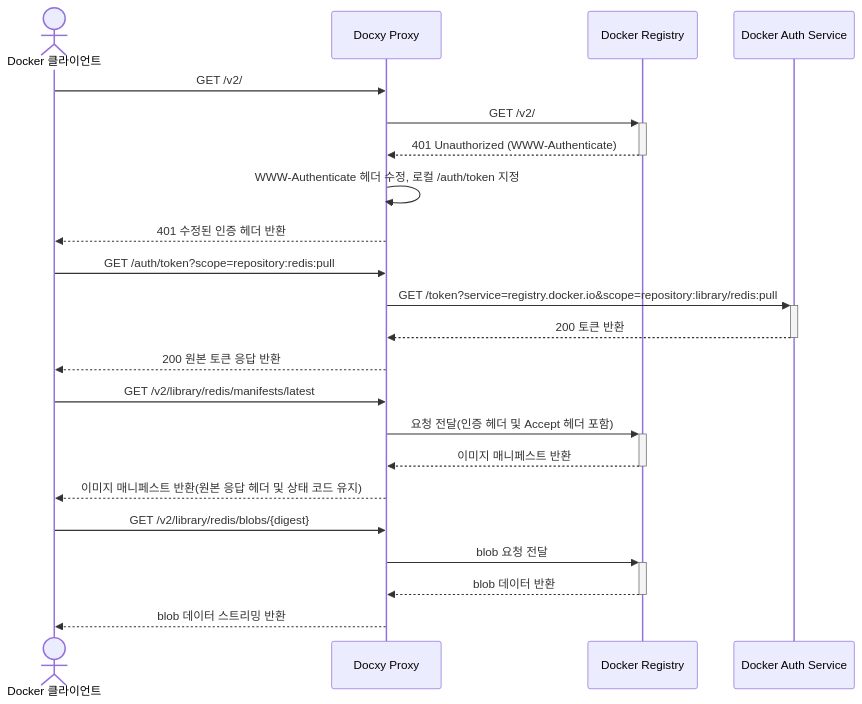
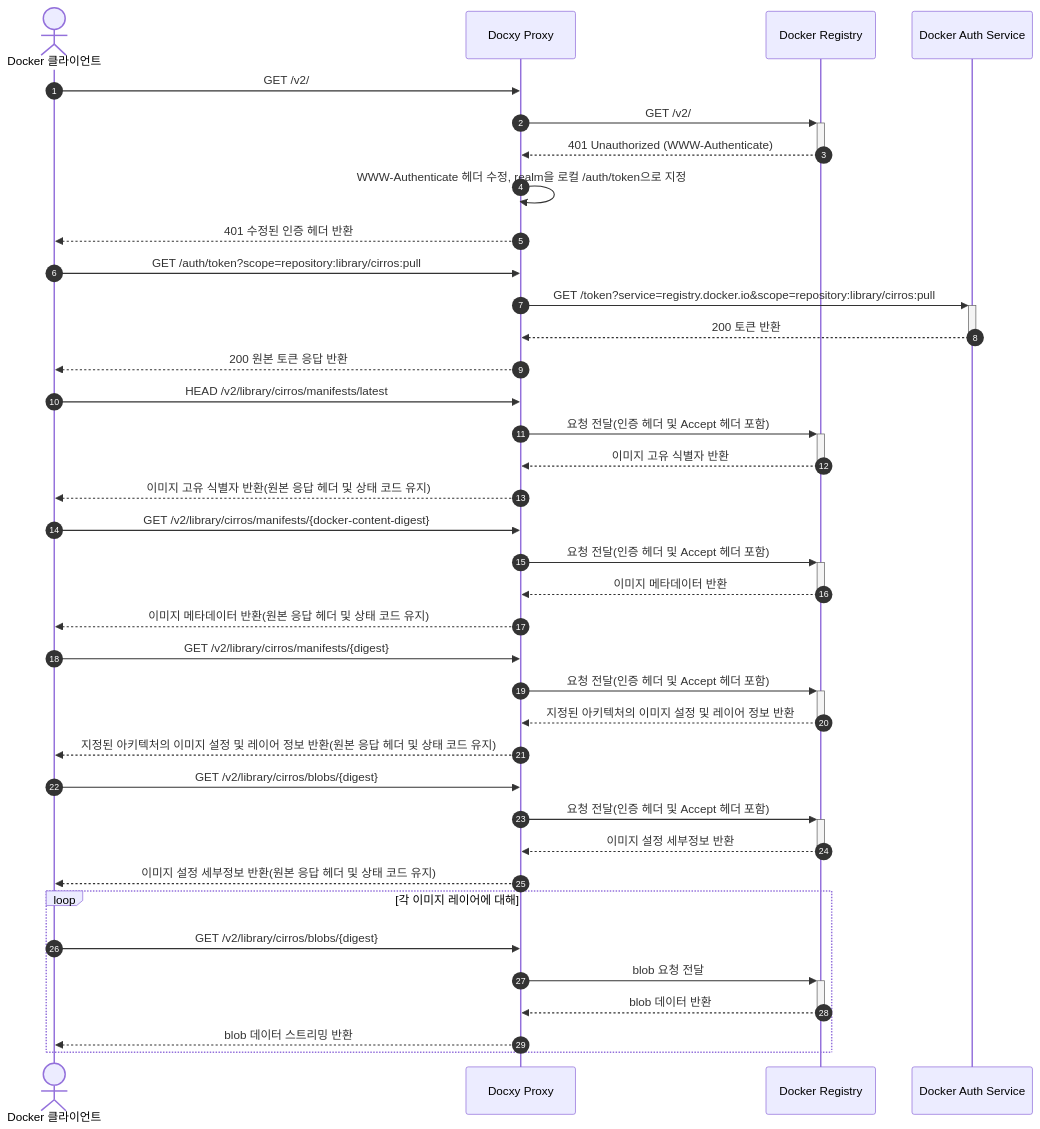
Before and after one commit to harrisonwang/docxy: the second of 3 diagrams in README_KR.md, drawn with Mermaid. The commit also changed other lines of this file and 7 other files, not shown here.

````diff
--- a/README_KR.md
+++ b/README_KR.md
@@ -90,32 +87,53 @@
 ```mermaid
 sequenceDiagram
+    autonumber
     actor Client as Docker 클라이언트
     participant Proxy as Docxy Proxy
     participant Registry as Docker Registry
     participant Auth as Docker Auth Service
     
     %% 챌린지 요청 처리
     Client->>Proxy: GET /v2/
     Proxy->>+Registry: GET /v2/
     Registry-->>-Proxy: 401 Unauthorized (WWW-Authenticate)
-    Proxy->>Proxy: WWW-Authenticate 헤더 수정, 로컬 /auth/token 지정
+    Proxy->>Proxy: WWW-Authenticate 헤더 수정, realm을 로컬 /auth/token으로 지정
     Proxy-->>Client: 401 수정된 인증 헤더 반환
     
     %% 토큰 획득
-    Client->>Proxy: GET /auth/token?scope=repository:redis:pull
-    Proxy->>+Auth: GET /token?service=registry.docker.io&scope=repository:library/redis:pull
+    Client->>Proxy: GET /auth/token?scope=repository:library/cirros:pull
+    Proxy->>+Auth: GET /token?service=registry.docker.io&scope=repository:library/cirros:pull
     Auth-->>-Proxy: 200 토큰 반환
     Proxy-->>Client: 200 원본 토큰 응답 반환
     
+    %% 이미지 다이제스트 요청 처리
+    Client->>Proxy: HEAD /v2/library/cirros/manifests/latest
+    Proxy->>+Registry: 요청 전달(인증 헤더 및 Accept 헤더 포함)
+    Registry-->>-Proxy: 이미지 고유 식별자 반환
+    Proxy-->>Client: 이미지 고유 식별자 반환(원본 응답 헤더 및 상태 코드 유지)
+
     %% 이미지 메타데이터 요청 처리
-    Client->>Proxy: GET /v2/library/redis/manifests/latest
+    Client->>Proxy: GET /v2/library/cirros/manifests/{docker-content-digest}
     Proxy->>+Registry: 요청 전달(인증 헤더 및 Accept 헤더 포함)
-    Registry-->>-Proxy: 이미지 매니페스트 반환
-    Proxy-->>Client: 이미지 매니페스트 반환(원본 응답 헤더 및 상태 코드 유지)
+    Registry-->>-Proxy: 이미지 메타데이터 반환
+    Proxy-->>Client: 이미지 메타데이터 반환(원본 응답 헤더 및 상태 코드 유지)
+
+    %% 이미지 설정 및 레이어 정보 요청 처리
+    Client->>Proxy: GET /v2/library/cirros/manifests/{digest}
+    Proxy->>+Registry: 요청 전달(인증 헤더 및 Accept 헤더 포함)
+    Registry-->>-Proxy: 지정된 아키텍처의 이미지 설정 및 레이어 정보 반환
+    Proxy-->>Client: 지정된 아키텍처의 이미지 설정 및 레이어 정보 반환(원본 응답 헤더 및 상태 코드 유지)
+
+    %% 이미지 설정 세부정보 요청 처리
+    Client->>Proxy: GET /v2/library/cirros/blobs/{digest}
+    Proxy->>+Registry: 요청 전달(인증 헤더 및 Accept 헤더 포함)
+    Registry-->>-Proxy: 이미지 설정 세부정보 반환
+    Proxy-->>Client: 이미지 설정 세부정보 반환(원본 응답 헤더 및 상태 코드 유지)
     
-    %% 바이너리 데이터 처리
-    Client->>Proxy: GET /v2/library/redis/blobs/{digest}
-    Proxy->>+Registry: blob 요청 전달
-    Registry-->>-Proxy: blob 데이터 반환
-    Proxy-->>Client: blob 데이터 스트리밍 반환
+    %% 이미지 레이어 바이너리 데이터 요청 처리(각 레이어별 반복)
+    loop 각 이미지 레이어에 대해
+        Client->>Proxy: GET /v2/library/cirros/blobs/{digest}
+        Proxy->>+Registry: blob 요청 전달
+        Registry-->>-Proxy: blob 데이터 반환
+        Proxy-->>Client: blob 데이터 스트리밍 반환
+    end
 ```
````
